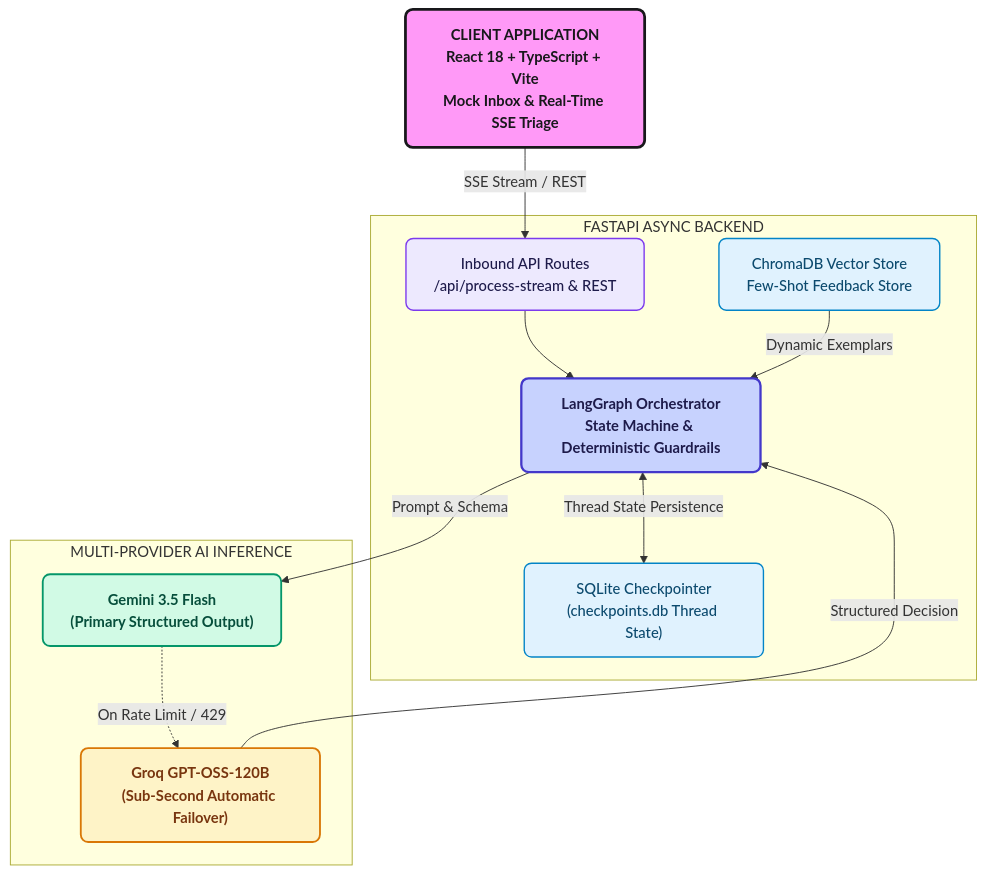
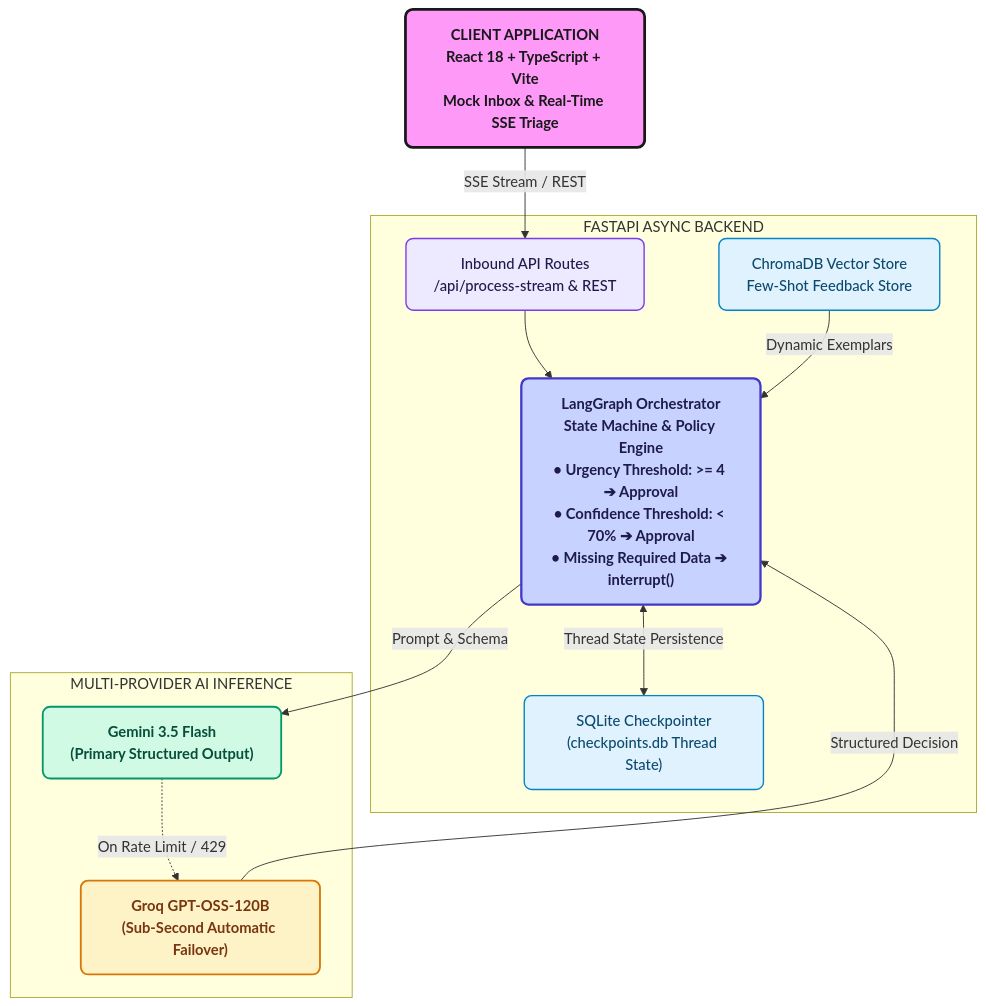
One commit to sharan1918/Notion-Press-POC changed the first of 2 diagrams in docs/SYSTEM_DESIGN.md. Above: the diagram before and after it, drawn with Mermaid. The commit also changed 2 other files, not shown here.

Commit message:
docs(arch): add explicit urgency and confidence routing thresholds to diagrams

````diff
--- a/docs/SYSTEM_DESIGN.md
+++ b/docs/SYSTEM_DESIGN.md
@@ -22,31 +22,31 @@
 ```mermaid
 flowchart TD
     classDef clientBox fill:#ff99f7,stroke:#18181b,stroke-width:3px,color:#18181b,font-weight:bold,rx:8px,ry:8px;
     classDef gatewayBox fill:#ede9fe,stroke:#7c3aed,stroke-width:1.5px,color:#1e1b4b,font-weight:500,rx:8px,ry:8px;
     classDef graphBox fill:#c7d2fe,stroke:#4338ca,stroke-width:2.5px,color:#1e1b4b,font-weight:bold,rx:8px,ry:8px;
     classDef memoryBox fill:#e0f2fe,stroke:#0284c7,stroke-width:1.5px,color:#0c4a6e,font-weight:500,rx:8px,ry:8px;
     classDef llmBox fill:#d1fae5,stroke:#059669,stroke-width:2px,color:#064e3b,font-weight:bold,rx:8px,ry:8px;
     classDef failoverBox fill:#fef3c7,stroke:#d97706,stroke-width:2px,color:#78350f,font-weight:bold,rx:8px,ry:8px;
 
     CLIENT["<b>CLIENT APPLICATION</b><br/>React 18 + TypeScript + Vite<br/>Mock Inbox & Real-Time SSE Triage"]:::clientBox
 
     subgraph BACKEND ["FASTAPI ASYNC BACKEND"]
         ROUTES["Inbound API Routes<br/>/api/process-stream & REST"]:::gatewayBox
-        GRAPH["LangGraph Orchestrator<br/>State Machine & Deterministic Guardrails"]:::graphBox
+        GRAPH["LangGraph Orchestrator<br/>State Machine & Policy Engine<br/>• Urgency Threshold: &gt;= 4 ➔ Approval<br/>• Confidence Threshold: &lt; 70% ➔ Approval<br/>• Missing Required Data ➔ interrupt()"]:::graphBox
         CHECKPOINT["SQLite Checkpointer<br/>(checkpoints.db Thread State)"]:::memoryBox
         FEEDBACK["ChromaDB Vector Store<br/>Few-Shot Feedback Store"]:::memoryBox
     end
 
     subgraph LLM_TIER ["MULTI-PROVIDER AI INFERENCE"]
         PRIMARY["Gemini 3.5 Flash<br/>(Primary Structured Output)"]:::llmBox
         FAILOVER["Groq GPT-OSS-120B<br/>(Sub-Second Automatic Failover)"]:::failoverBox
     end
 
     CLIENT -->|SSE Stream / REST| ROUTES
     ROUTES --> GRAPH
     GRAPH <-->|Thread State Persistence| CHECKPOINT
     FEEDBACK -->|Dynamic Exemplars| GRAPH
     GRAPH -->|Prompt & Schema| PRIMARY
     PRIMARY -.->|On Rate Limit / 429| FAILOVER
     FAILOVER -->|Structured Decision| GRAPH
 ```
````
